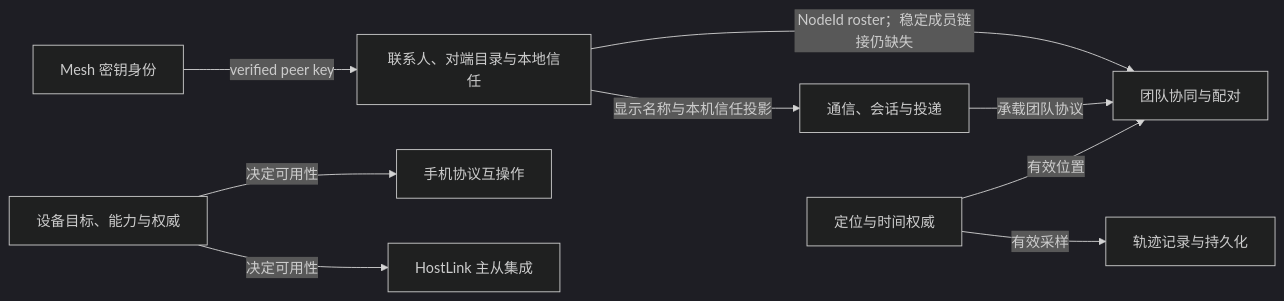
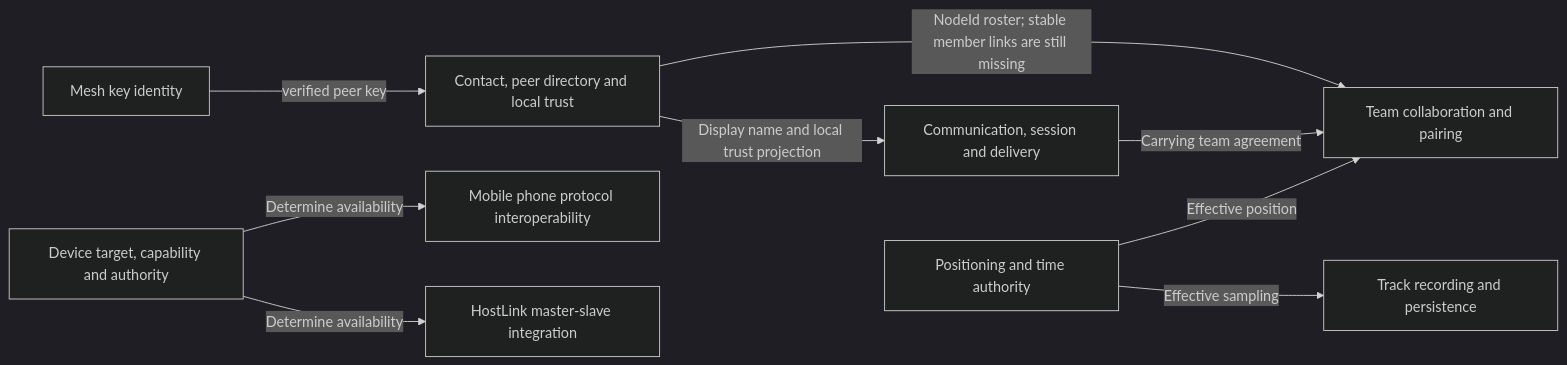
The diagram in docs/models/models-map.md (manmuqingshan/trail-mate), drawn with Mermaid (dark theme) before and after one commit. The commit also changed other lines of this file and 527 other files, not shown here.

````diff
--- a/docs/models/models-map.md
+++ b/docs/models/models-map.md
@@ -34,11 +34,11 @@
 ```mermaid
 flowchart LR
-  Identity["Mesh 密钥身份"] -->|verified peer key| Directory["联系人、对端目录与本地信任"]
-  Directory -->|显示名称与本机信任投影| Conversation["通信、会话与投递"]
-  Directory -->|NodeId roster；稳定成员链接仍缺失| Team
-  Conversation -->|承载团队协议| Team["团队协同与配对"]
-  Position["定位与时间权威"] -->|有效位置| Team
-  Position -->|有效采样| Track["轨迹记录与持久化"]
-  Capability["设备目标、能力与权威"] -->|决定可用性| Phone["手机协议互操作"]
-  Capability -->|决定可用性| HostLink["HostLink 主从集成"]
+ Identity["Mesh key identity"] -->|verified peer key| Directory["Contact, peer directory and local trust"]
+ Directory -->|Display name and local trust projection|Conversation["Communication, session and delivery"]
+ Directory -->|NodeId roster; stable member links are still missing | Team
+ Conversation -->|Carrying team agreement| Team["Team collaboration and pairing"]
+ Position["Positioning and time authority"] -->|Effective position| Team
+ Position -->|Effective sampling| Track["Track recording and persistence"]
+ Capability["Device target, capability and authority"] -->|Determine availability| Phone["Mobile phone protocol interoperability"]
+ Capability -->|Determine availability| HostLink["HostLink master-slave integration"]
 ```
````
